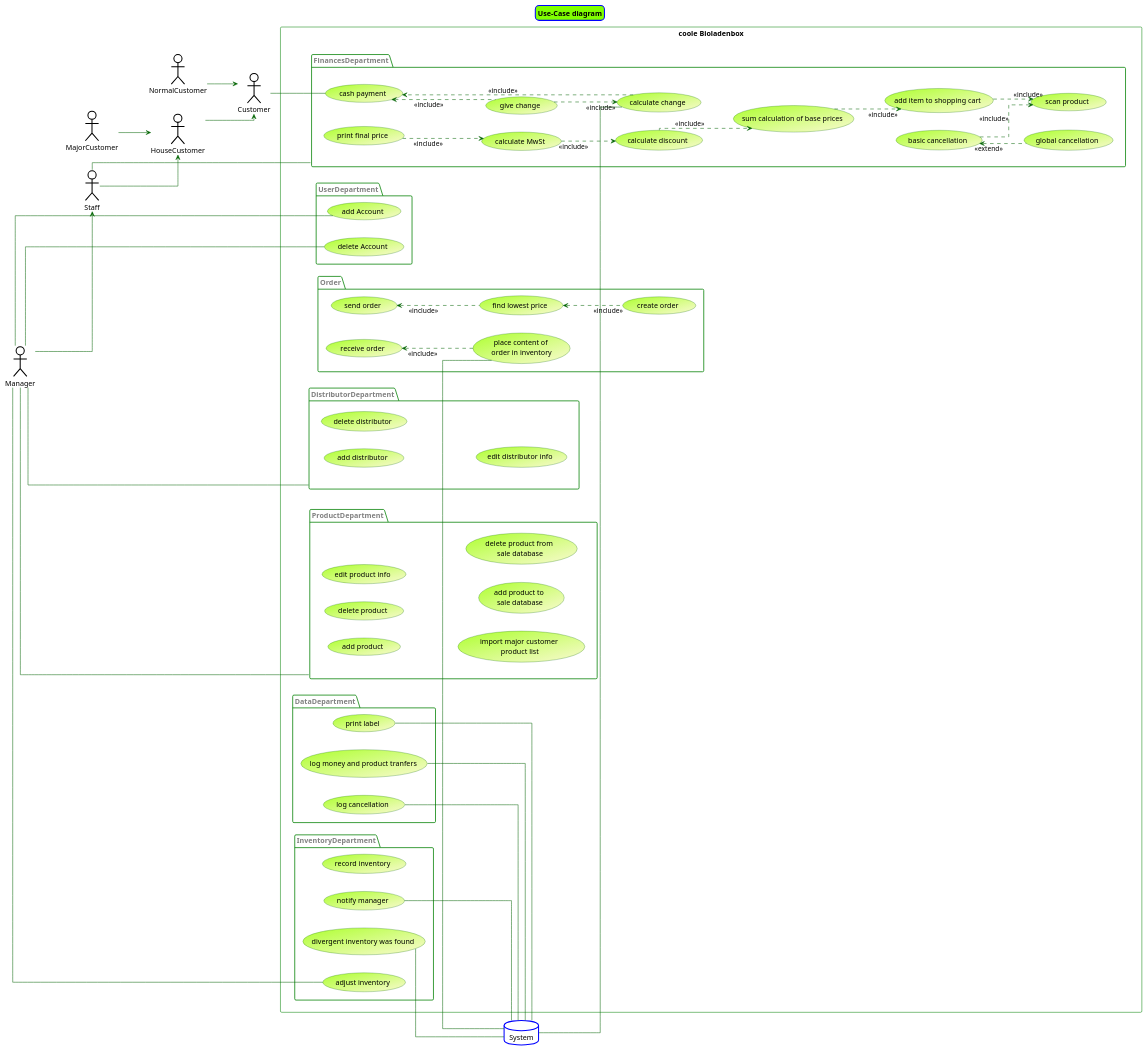
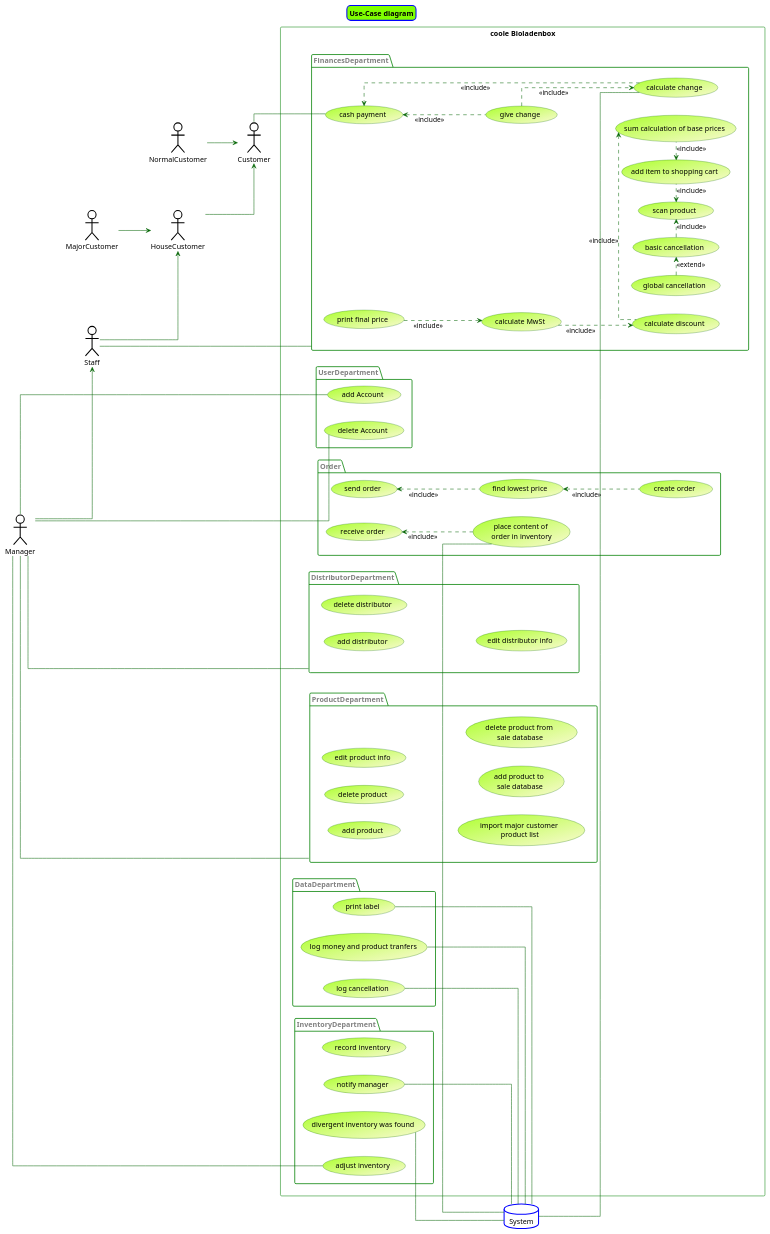
Before and after one commit to LimitlessGreen/swt18w43: the diagram in src/main/asciidoc/models/analysis/UseCase.puml, drawn with PlantUML. The commit also changed 11 other files, not shown here.

Commit message:
[Design] added first design diagram and updated UseCase

```diff
--- a/src/main/asciidoc/models/analysis/UseCase.puml
+++ b/src/main/asciidoc/models/analysis/UseCase.puml
@@ -1,185 +1,185 @@
 @startuml
 skinparam titleBorderRoundCorner 15
 skinparam titleBorderThickness 2
 skinparam titleBorderColor blue
 skinparam titleBackgroundColor Chartreuse
 'skinparam handwritten true
 'skinparam groupInheritance 3
 skinparam linetype ortho
 
 skinparam package {
     FontColor Grey
     BorderColor Green
     shadowing false
 }
 
 skinparam usecase {
     Bordercolor darkgreen
   	BackgroundColor #GreenYellow/LightGoldenRodYellow
 }
 
 skinparam Actor{
     BorderColor black
     BackgroundColor white
 }
 
 skinparam database{
     backgroundcolor white
 }
 
 skinparam Arrow{
     Color darkgreen
 }
 
 title Use-Case diagram
 
 
 ' === Customer === '
 :Customer: as ku
 :NormalCustomer: as nku
 :MajorCustomer: as gha
 :HouseCustomer: as hku
 
 left to right direction
 
 ' === Staff === '
 :Staff: as vp
 :Manager: as gl
 
 nku --> ku
 vp --> hku
 gha --> hku
 hku --> ku
 
 ' === Sonstiges === '
 database "System" as sys
 
 ' === Y === '
 rectangle "coole Bioladenbox"{
     '(Pfand auszahlen)
 
     package "UserDepartment"{
         (add Account) as acc
         (delete Account) as accdel
 
     }
 
 
 
     package "DataDepartment"{
         (print label) as et_dr
             (log money and product tranfers) -- sys
             (log cancellation) -- sys
 
             et_dr -- sys
     }
 
 
     package "FinancesDepartment"{
             (cash payment) as bg_ez
             (give change) as bg_az
             (calculate change) as we_br
             (sum calculation of base prices) as sdg
             (calculate discount) as rab
             (calculate MwSt) as mwst
             (print final price) as epa
 
             (basic cancellation) as l_st
             (global cancellation) as g_st
 
             (add item to shopping cart) as azw
             (scan product) as scan
 
             vp -- FinancesDepartment
 
             gl -- acc
             gl -- accdel
 
             gl --> vp
 
 
             ku -- bg_ez
 
             'vp -- bg_az
             'vp -- l_st
 
 
             sys -- we_br
 
             bg_ez <.. bg_az: <<include>>
             bg_az ..> we_br: <<include>>
             we_br ..> bg_ez: <<include>>
-            l_st <.. g_st: <<extend>>
-            l_st ..> scan: <<include>>
-            azw ..> scan: <<include>>
-            sdg ..> azw: <<include>>
-            rab ..> sdg: <<include>>
+            l_st <.left. g_st: <<extend>>
+            l_st .right.> scan: <<include>>
+            azw .left.> scan: <<include>>
+            sdg .left.> azw: <<include>>
+            rab .left.> sdg: <<include>>
             mwst ..> rab: <<include>>
             epa ..> mwst: <<include>>
 
 
 
 
         }
 
     'package --- {
     '    :i_i_i_i: as a
     '    a .. a
     '}
 
 
     package "InventoryDepartment"{
         (record inventory)
         (divergent inventory was found) as abf
         (notify manager) as glb
         (adjust inventory) as bb
 
         sys -- abf
         sys -- glb
         gl -- bb
     }
 
 
     package "Order"{
         (send order) as ba
         (find lowest price) as gpf
         (create order) as bers
         (receive order) as bempf
         (place content of \norder in inventory) as binvent
 
         gpf <.. bers: <<include>>
         ba <.. gpf: <<include>>
         bempf <.. binvent: <<include>>
         sys -- binvent
     }
 
 
     package "DistributorDepartment"{
         (add distributor)
         (delete distributor)
         (edit distributor info)
 
         gl -- DistributorDepartment
     }
 
     package "ProductDepartment"{
         (add product)
         (delete product)
         (edit product info)
         (import major customer \nproduct list)
         (add product to \nsale database)
         (delete product from \nsale database)
 
         gl -- ProductDepartment
     }
 
 
 
 
 
 
 
 
 }
 
 @enduml
```
